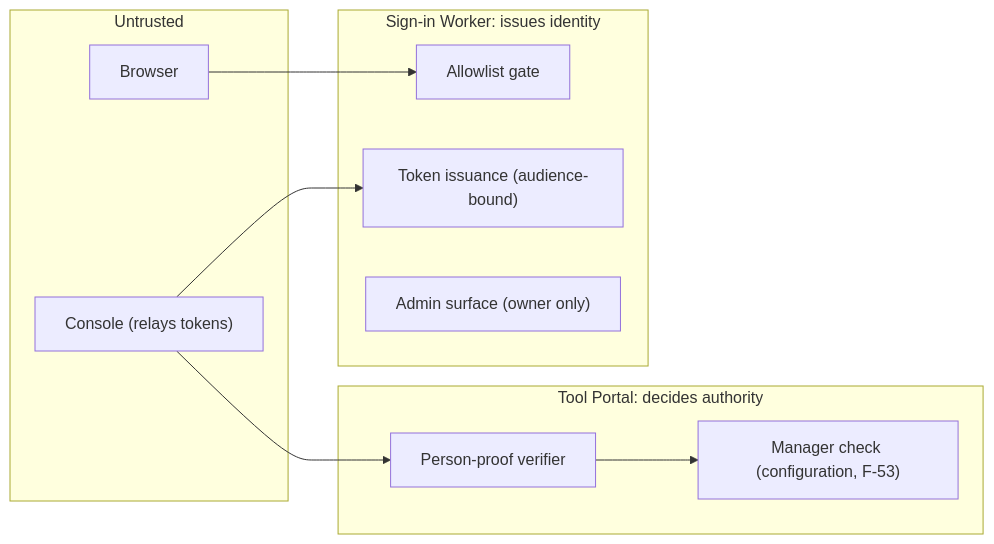
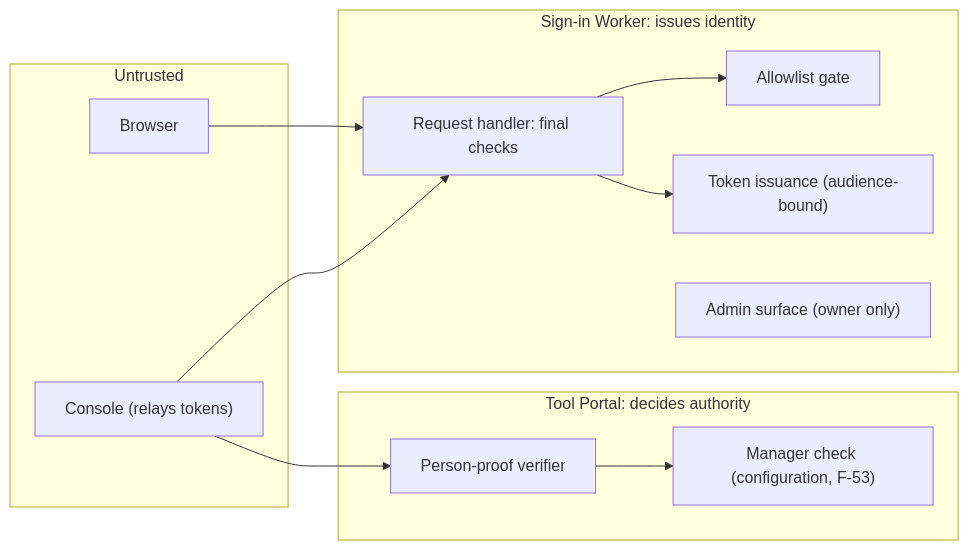
Before and after one commit to ShravanSunder/agent-vm: the third of 3 diagrams in docs/specs/2026-10-20-people-sign-in/program-design.md, drawn with Mermaid. The commit also changed other lines of this file and 5 other files, not shown here.

````diff
--- a/docs/specs/2026-10-20-people-sign-in/program-design.md
+++ b/docs/specs/2026-10-20-people-sign-in/program-design.md
@@ -193,20 +246,23 @@
 ```mermaid
 flowchart LR
   subgraph untrusted["Untrusted"]
     br["Browser"]
     con["Console (relays tokens)"]
   end
   subgraph signin["Sign-in Worker: issues identity"]
+    rh["Request handler: final checks"]
     gate["Allowlist gate"]
     issue["Token issuance (audience-bound)"]
     adm["Admin surface (owner only)"]
   end
   subgraph tp["Tool Portal: decides authority"]
     ver["Person-proof verifier"]
     mgr["Manager check (configuration, F-53)"]
   end
-  br --> gate
-  con --> issue
+  br --> rh
+  con --> rh
+  rh --> gate
+  rh --> issue
   con --> ver
   ver --> mgr
 ```
````
